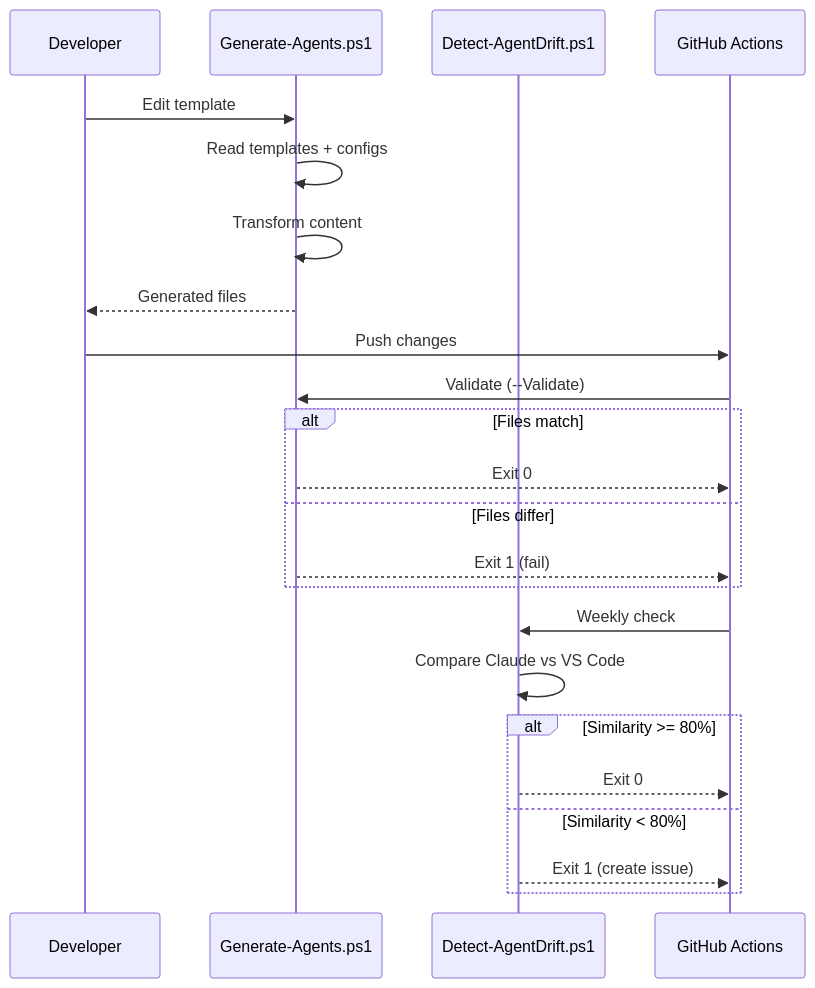
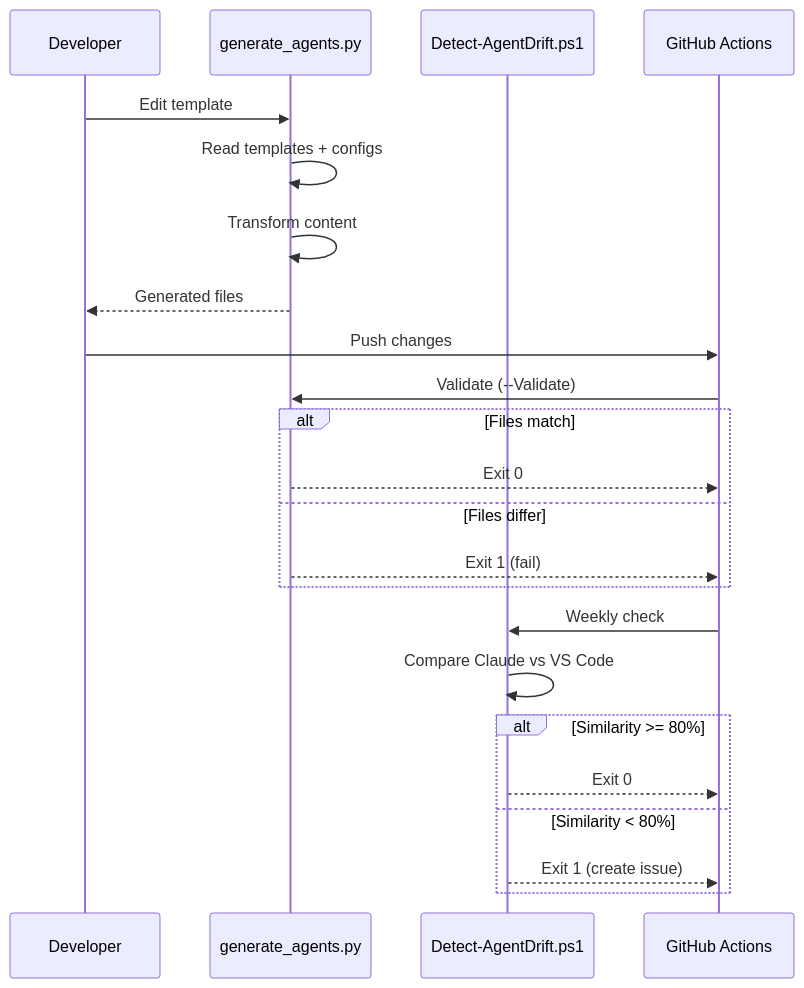
The second of 2 diagrams in build/AGENTS.md (rjmurillo/ai-agents), drawn with Mermaid before and after one commit. The commit also changed other lines of this file and 13 other files, not shown here.

````diff
--- a/build/AGENTS.md
+++ b/build/AGENTS.md
@@ -363,28 +363,28 @@
 ```mermaid
 sequenceDiagram
     participant Dev as Developer
-    participant Gen as Generate-Agents.ps1
+    participant Gen as generate_agents.py
     participant Drift as Detect-AgentDrift.ps1
     participant CI as GitHub Actions
 
     Dev->>Gen: Edit template
     Gen->>Gen: Read templates + configs
     Gen->>Gen: Transform content
     Gen-->>Dev: Generated files
 
     Dev->>CI: Push changes
     CI->>Gen: Validate (--Validate)
     alt Files match
         Gen-->>CI: Exit 0
     else Files differ
         Gen-->>CI: Exit 1 (fail)
     end
 
     CI->>Drift: Weekly check
     Drift->>Drift: Compare Claude vs VS Code
     alt Similarity >= 80%
         Drift-->>CI: Exit 0
     else Similarity < 80%
         Drift-->>CI: Exit 1 (create issue)
     end
 ```
````
